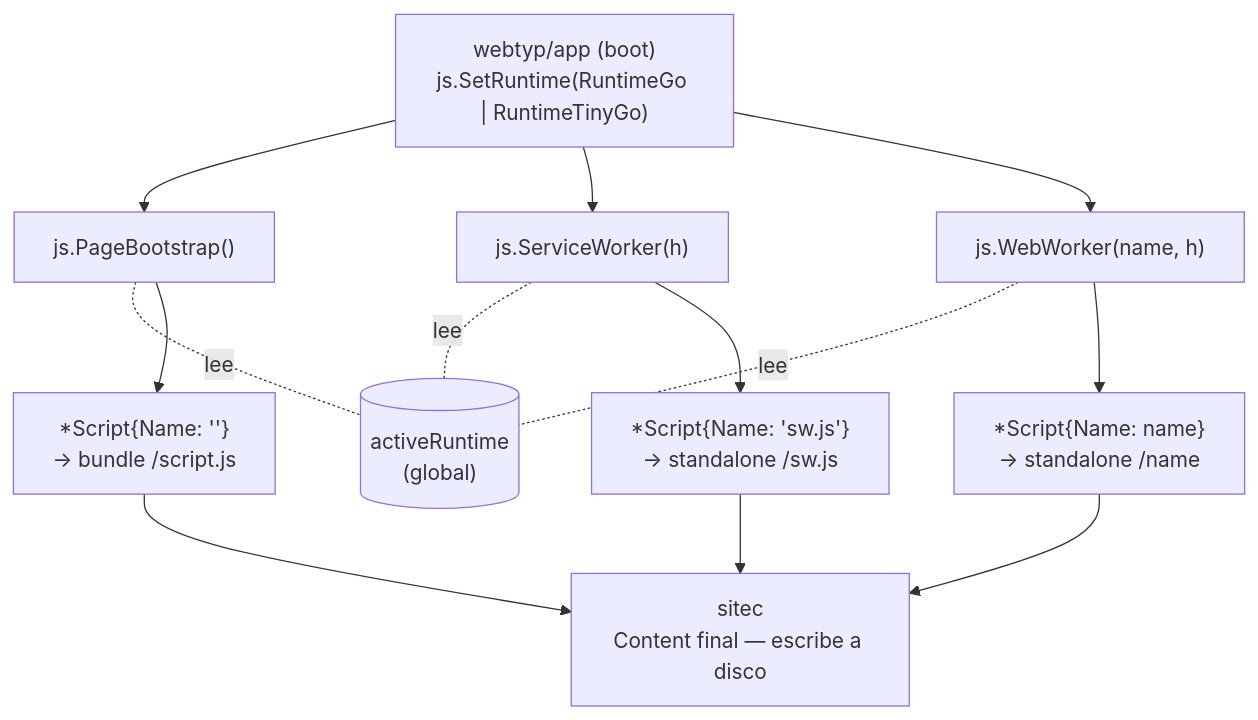
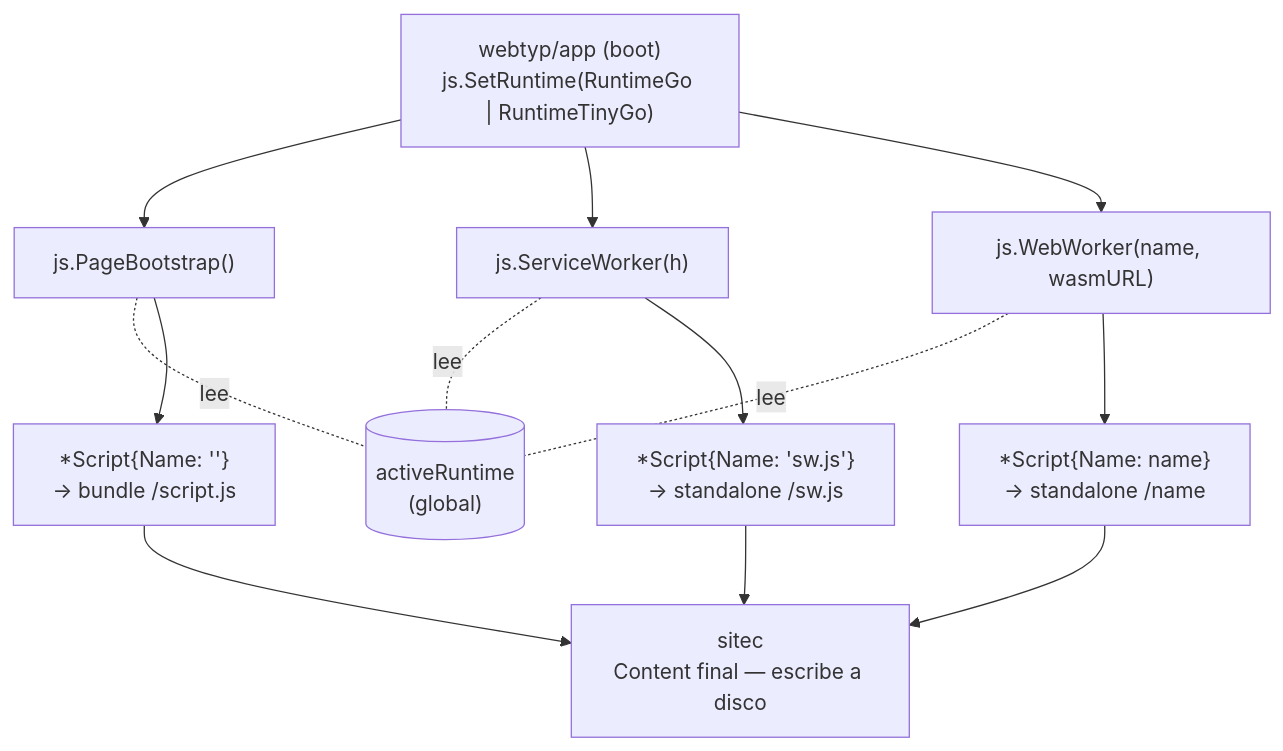
One commit to webtyp/js changed the first of 3 diagrams in docs/ARCHITECTURE.md. Above: the diagram before and after it, drawn with Mermaid. The commit also changed other lines of this file and 9 other files, not shown here.

First line of the commit message:
feat!: Web Workers run their own binary; typed byte messaging (ServeWorker, NewWorker, Post) with transferred buffers

````diff
--- a/docs/ARCHITECTURE.md
+++ b/docs/ARCHITECTURE.md
@@ -5,21 +5,21 @@
 ```mermaid
 flowchart TD
     APP["webtyp/app (boot)\njs.SetRuntime(RuntimeGo | RuntimeTinyGo)"]
 
     APP --> PB["js.PageBootstrap()"]
     APP --> SW["js.ServiceWorker(h)"]
-    APP --> WW["js.WebWorker(name, h)"]
+    APP --> WW["js.WebWorker(name, wasmURL)"]
 
     RT[("activeRuntime\n(global)")]
     PB -.lee.- RT
     SW -.lee.- RT
     WW -.lee.- RT
 
     PB --> S1["*Script{Name: ''}\n→ bundle /script.js"]
     SW --> S2["*Script{Name: 'sw.js'}\n→ standalone /sw.js"]
     WW --> S3["*Script{Name: name}\n→ standalone /name"]
 
     S1 --> AM["sitec\nContent final — escribe a disco"]
     S2 --> AM
     S3 --> AM
 ```
````
